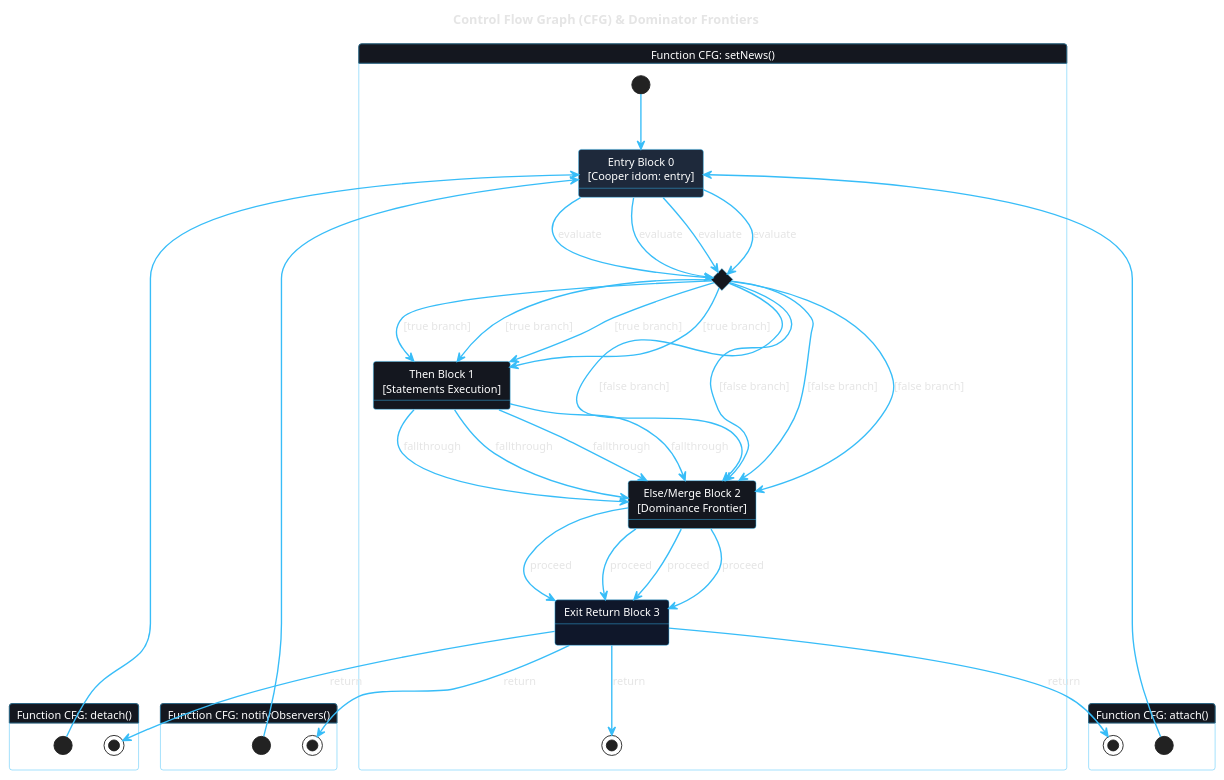
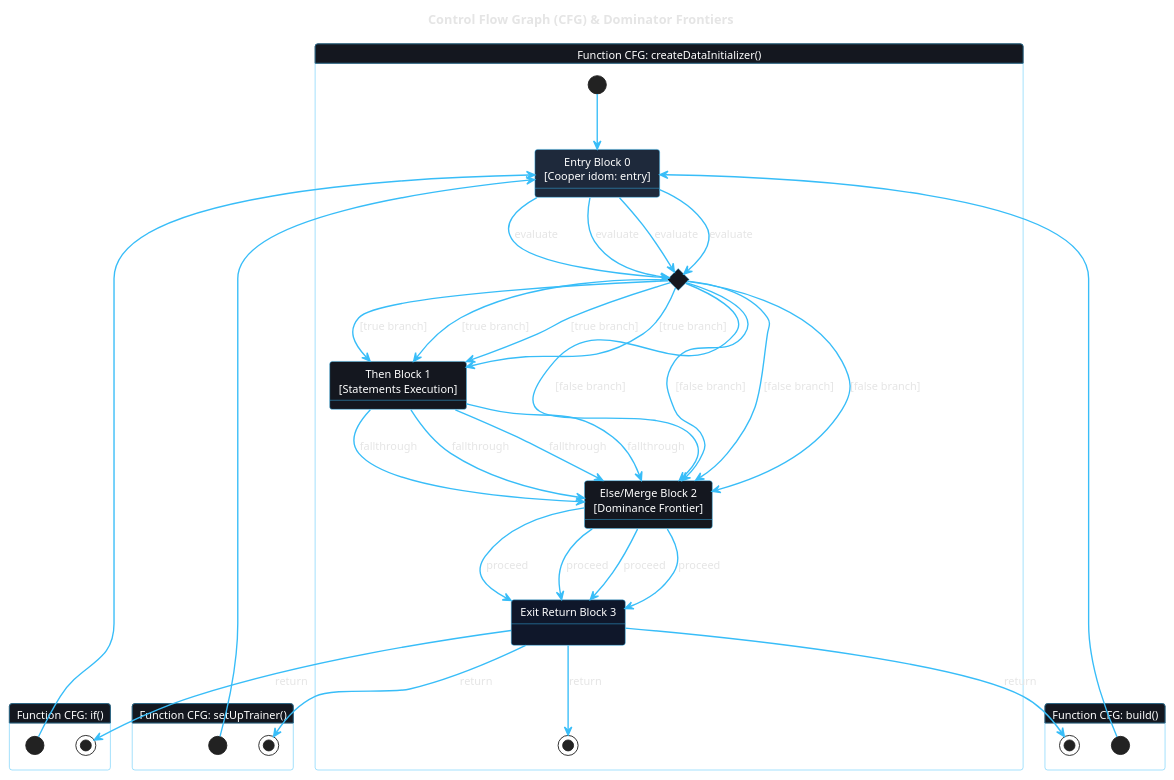
The diagram in web/diagrams/cfg.puml (AhmadHassan-BTed/OpenHeart), drawn with PlantUML before and after one commit. The commit also changed 63 other files, not shown here.

Commit message:
refactor: replace placeholder design pattern diagrams with core application architecture and training workflows

```diff
--- a/web/diagrams/cfg.puml
+++ b/web/diagrams/cfg.puml
@@ -1,115 +1,115 @@
 @startuml
 skinparam backgroundColor transparent
 skinparam monochrome false
 skinparam shadowing false
 skinparam roundcorner 6
 skinparam defaultFontName "Space Grotesk", "Segoe UI", sans-serif
 skinparam defaultFontColor #e5e5e5
 skinparam defaultFontSize 12
 skinparam ArrowColor #38bdf8
 skinparam ArrowThickness 1.5
 skinparam packageStyle rectangle
 skinparam PackageBorderColor #facc15
 skinparam PackageBackgroundColor #0f141c
 skinparam PackageFontColor #facc15
 skinparam ClassBorderColor #38bdf8
 skinparam ClassBackgroundColor #14171f
 skinparam ClassHeaderBackgroundColor #1e2433
 skinparam ClassFontColor #ffffff
 skinparam ObjectBorderColor #38bdf8
 skinparam ObjectBackgroundColor #14171f
 skinparam ObjectFontColor #ffffff
 skinparam ComponentBorderColor #38bdf8
 skinparam ComponentBackgroundColor #14171f
 skinparam ComponentFontColor #ffffff
 skinparam NodeBorderColor #38bdf8
 skinparam NodeBackgroundColor #14171f
 skinparam NodeFontColor #ffffff
 skinparam StateBorderColor #38bdf8
 skinparam StateBackgroundColor #14171f
 skinparam StateFontColor #ffffff
 skinparam ActivityBorderColor #38bdf8
 skinparam ActivityBackgroundColor #14171f
 skinparam ActivityFontColor #ffffff
 skinparam SequenceLifeLineBorderColor #38bdf8
 skinparam SequenceLifeLineBackgroundColor #14171f
 skinparam SequenceGroupBorderColor #facc15
 skinparam SequenceGroupBackgroundColor #0f141c
 skinparam SequenceGroupFontColor #facc15
 skinparam ParticipantBorderColor #38bdf8
 skinparam ParticipantBackgroundColor #14171f
 skinparam ParticipantFontColor #ffffff
 skinparam ActorBorderColor #facc15
 skinparam ActorBackgroundColor #14171f
 skinparam ActorFontColor #ffffff
 skinparam UsecaseBorderColor #38bdf8
 skinparam UsecaseBackgroundColor #14171f
 skinparam UsecaseFontColor #ffffff
 
 title Control Flow Graph (CFG) & Dominator Frontiers
 
-state "Function CFG: setNews()" as CFG_setNews {
+state "Function CFG: createDataInitializer()" as CFG_createDataInitializer {
   state "Entry Block 0\n[Cooper idom: entry]" as BB0 #1e293b
   state "Branch Gate: (condition)" as Gate1 <<choice>>
   state "Then Block 1\n[Statements Execution]" as BB1 #14171f
   state "Else/Merge Block 2\n[Dominance Frontier]" as BB2 #14171f
   state "Exit Return Block 3" as BB3 #0f172a
 
   [*] --> BB0
   BB0 --> Gate1 : evaluate
   Gate1 --> BB1 : [true branch]
   Gate1 --> BB2 : [false branch]
   BB1 --> BB2 : fallthrough
   BB2 --> BB3 : proceed
   BB3 --> [*] : return
 }
 
-state "Function CFG: attach()" as CFG_attach {
+state "Function CFG: build()" as CFG_build {
   state "Entry Block 0\n[Cooper idom: entry]" as BB0 #1e293b
   state "Branch Gate: (condition)" as Gate1 <<choice>>
   state "Then Block 1\n[Statements Execution]" as BB1 #14171f
   state "Else/Merge Block 2\n[Dominance Frontier]" as BB2 #14171f
   state "Exit Return Block 3" as BB3 #0f172a
 
   [*] --> BB0
   BB0 --> Gate1 : evaluate
   Gate1 --> BB1 : [true branch]
   Gate1 --> BB2 : [false branch]
   BB1 --> BB2 : fallthrough
   BB2 --> BB3 : proceed
   BB3 --> [*] : return
 }
 
-state "Function CFG: detach()" as CFG_detach {
+state "Function CFG: if()" as CFG_if {
   state "Entry Block 0\n[Cooper idom: entry]" as BB0 #1e293b
   state "Branch Gate: (condition)" as Gate1 <<choice>>
   state "Then Block 1\n[Statements Execution]" as BB1 #14171f
   state "Else/Merge Block 2\n[Dominance Frontier]" as BB2 #14171f
   state "Exit Return Block 3" as BB3 #0f172a
 
   [*] --> BB0
   BB0 --> Gate1 : evaluate
   Gate1 --> BB1 : [true branch]
   Gate1 --> BB2 : [false branch]
   BB1 --> BB2 : fallthrough
   BB2 --> BB3 : proceed
   BB3 --> [*] : return
 }
 
-state "Function CFG: notifyObservers()" as CFG_notifyObservers {
+state "Function CFG: setUpTrainer()" as CFG_setUpTrainer {
   state "Entry Block 0\n[Cooper idom: entry]" as BB0 #1e293b
   state "Branch Gate: (condition)" as Gate1 <<choice>>
   state "Then Block 1\n[Statements Execution]" as BB1 #14171f
   state "Else/Merge Block 2\n[Dominance Frontier]" as BB2 #14171f
   state "Exit Return Block 3" as BB3 #0f172a
 
   [*] --> BB0
   BB0 --> Gate1 : evaluate
   Gate1 --> BB1 : [true branch]
   Gate1 --> BB2 : [false branch]
   BB1 --> BB2 : fallthrough
   BB2 --> BB3 : proceed
   BB3 --> [*] : return
 }
 
 @enduml
```
